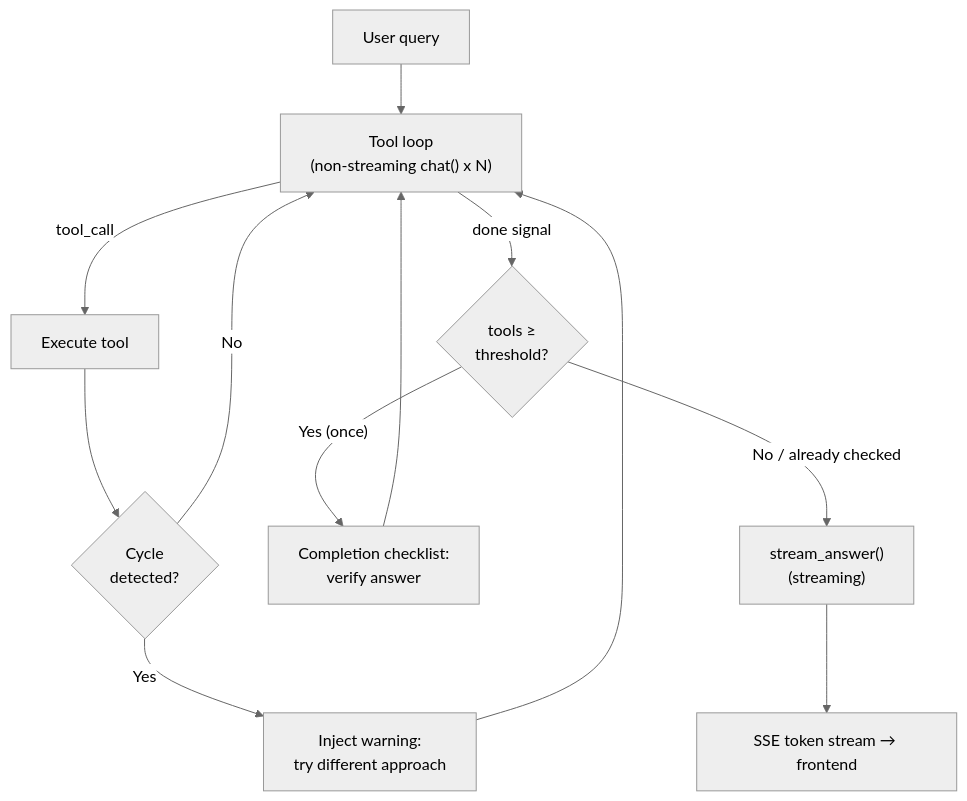
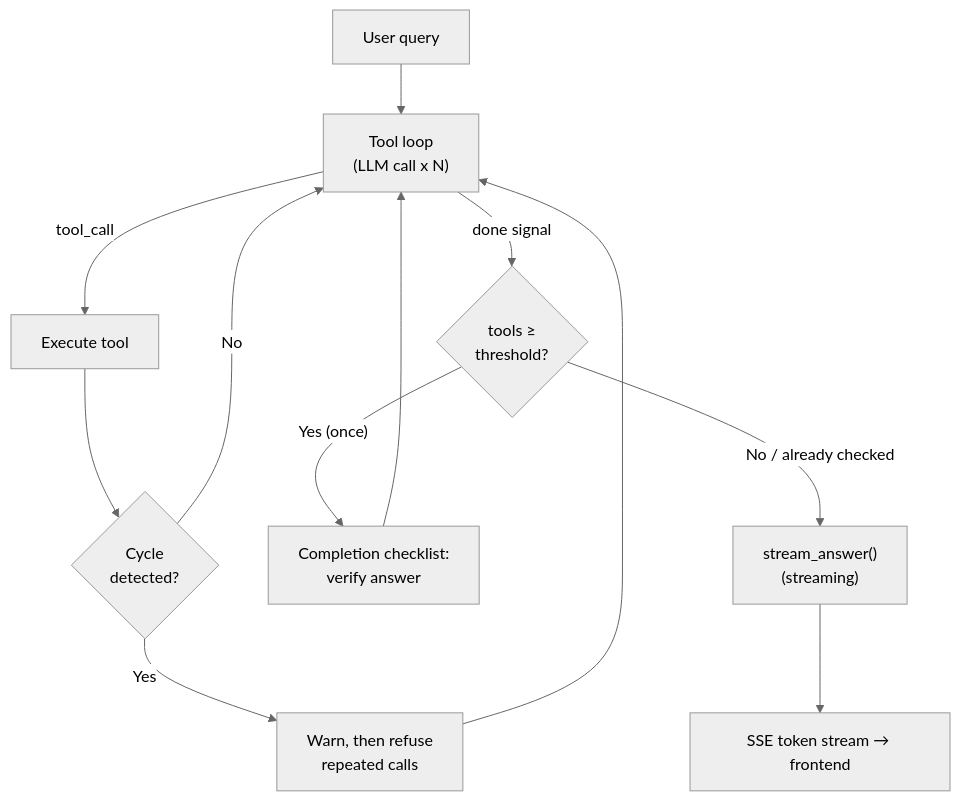
Before and after one commit to fim-ai/fim-one: the first of 5 diagrams in docs/architecture/react-engine.mdx, drawn with Mermaid (neutral theme). The commit also changed other lines of this file and 9 other files, not shown here.

First line of the commit message:
docs(architecture): align engine, hook and discovery pages with the code

````diff
--- a/docs/architecture/react-engine.mdx
+++ b/docs/architecture/react-engine.mdx
@@ -15,14 +15,14 @@
 ```mermaid
 flowchart TD
-    A["User query"] --> B["Tool loop<br/>(non-streaming chat() x N)"]
+    A["User query"] --> B["Tool loop<br/>(LLM call x N)"]
     B -->|"tool_call"| E["Execute tool"]
     E --> F{"Cycle<br/>detected?"}
     F -->|"No"| B
-    F -->|"Yes"| G["Inject warning:<br/>try different approach"]
+    F -->|"Yes"| G["Warn, then refuse<br/>repeated calls"]
     G --> B
     B -->|"done signal"| H{"tools ≥<br/>threshold?"}
     H -->|"Yes (once)"| I["Completion checklist:<br/>verify answer"]
     I --> B
     H -->|"No / already checked"| C["stream_answer()<br/>(streaming)"]
     C --> D["SSE token stream → frontend"]
 ```
````
